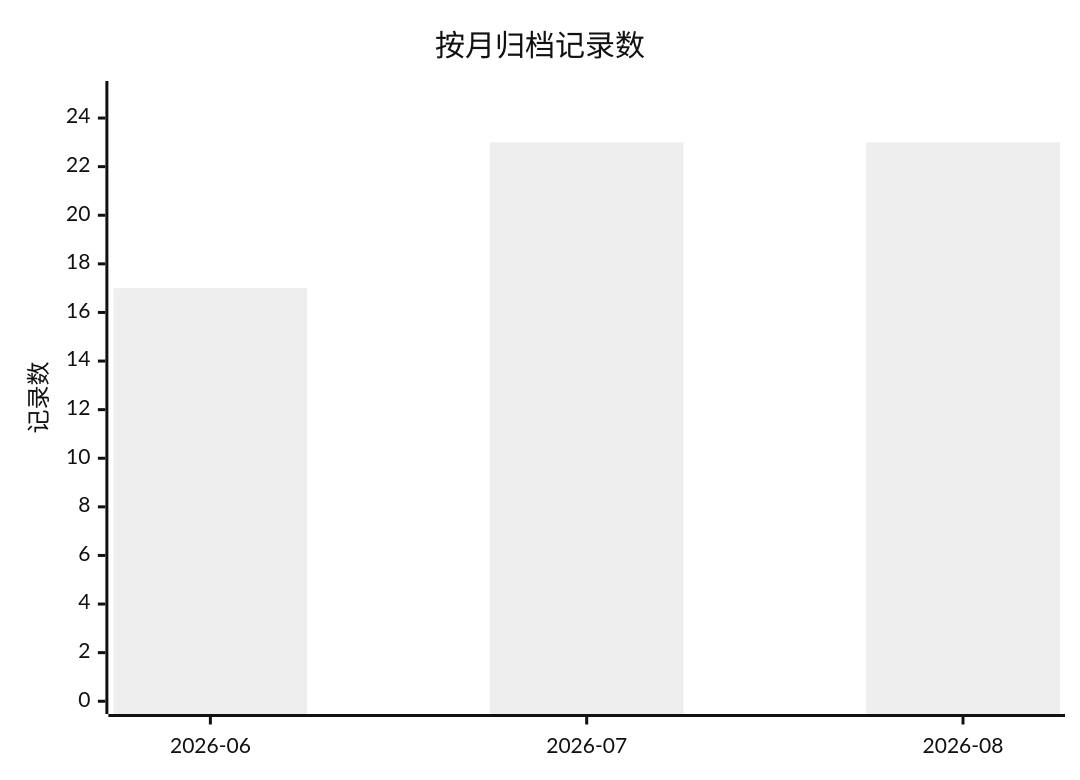
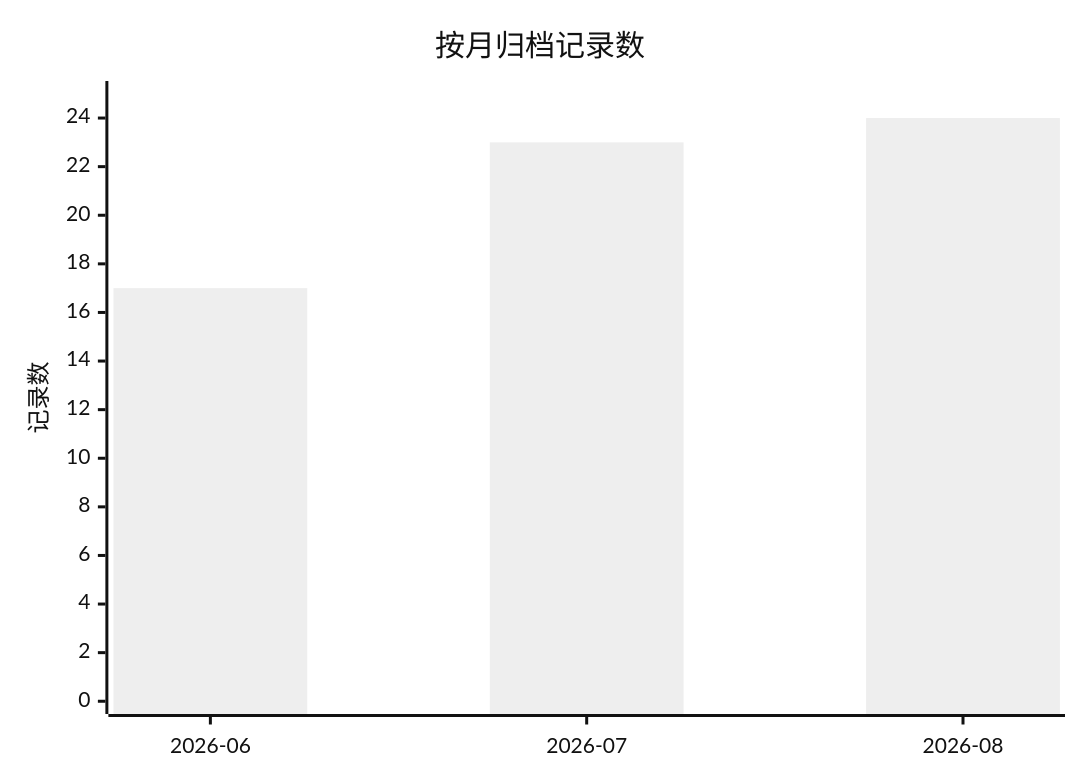
One commit to golddream-y/obsidian-ratel changed the first of 2 diagrams in docs/superpowers/ARCHIVE.md. Above: the diagram before and after it, drawn with Mermaid (neutral theme). The commit also changed other lines of this file and 3 other files, not shown here.

````diff
--- a/docs/superpowers/ARCHIVE.md
+++ b/docs/superpowers/ARCHIVE.md
@@ -14,7 +14,7 @@
 ```mermaid
 xychart-beta
     title "按月归档记录数"
     x-axis ["2026-06", "2026-07", "2026-08"]
     y-axis "记录数" 0 --> 25
-    bar [17, 23, 23]
+    bar [17, 23, 24]
 ```
````
